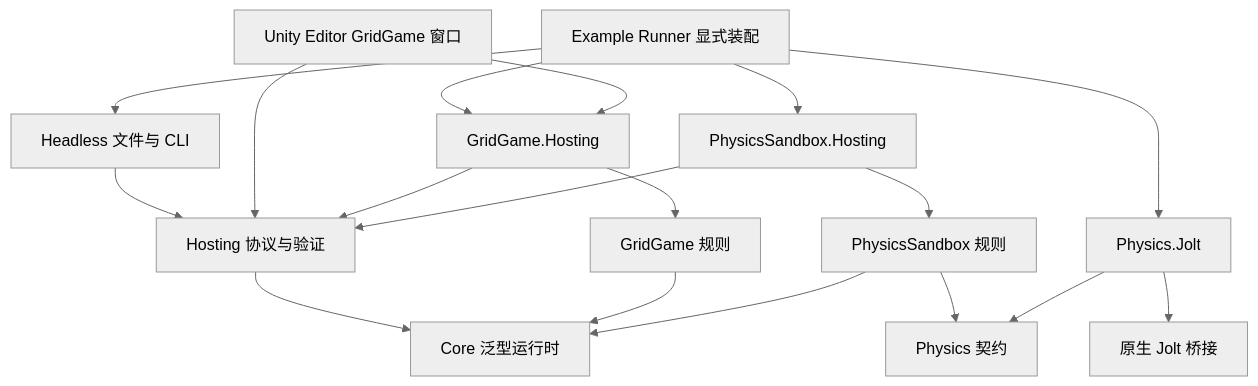
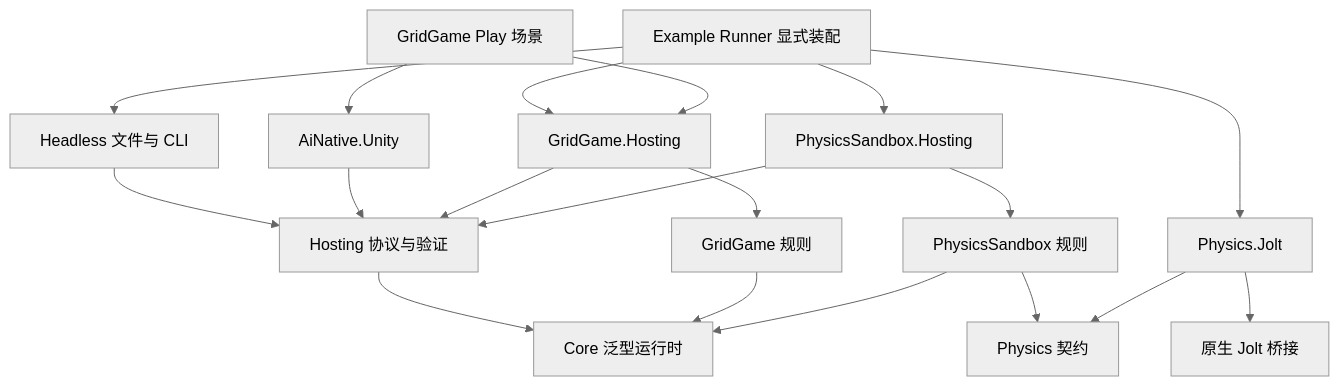
The diagram in docs/ai-native-game-engine-design.md (amuroray742-png/ai_native_game_engine), drawn with Mermaid (neutral theme) before and after one commit. The commit also changed other lines of this file and 65 other files, not shown here.

Commit message:
feat: run GridGame in Play Mode with a reusable Unity host

````diff
--- a/docs/ai-native-game-engine-design.md
+++ b/docs/ai-native-game-engine-design.md
@@ -17,20 +17,21 @@
 ```mermaid
 flowchart TD
     Runner[Example Runner 显式装配] --> Headless[Headless 文件与 CLI]
     Headless --> Hosting[Hosting 协议与验证]
     Hosting --> Core[Core 泛型运行时]
     Runner --> GridAdapter[GridGame.Hosting]
-    Editor[Unity Editor GridGame 窗口] --> GridAdapter
-    Editor --> Hosting
+    Scene[GridGame Play 场景] --> GridAdapter
+    Scene --> PlayHost[AiNative.Unity]
+    PlayHost --> Hosting
     Runner --> PhysicsAdapter[PhysicsSandbox.Hosting]
     GridAdapter --> Hosting
     GridAdapter --> Grid[GridGame 规则]
     Grid --> Core
     PhysicsAdapter --> Hosting
     PhysicsAdapter --> Sandbox[PhysicsSandbox 规则]
     Sandbox --> Core
     Sandbox --> Physics[Physics 契约]
     Runner --> Jolt[Physics.Jolt]
     Jolt --> Physics
     Jolt --> Native[原生 Jolt 桥接]
 ```
````
